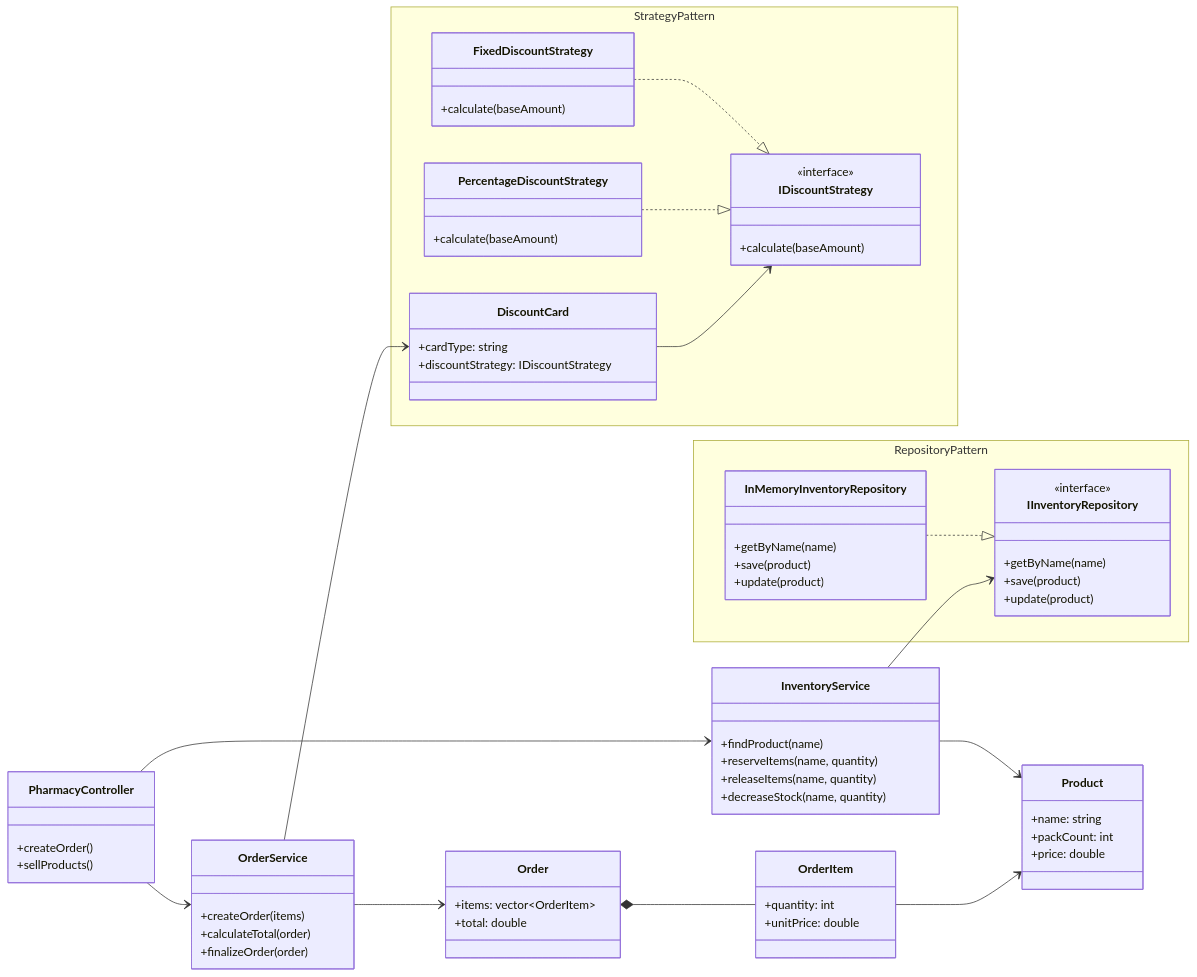
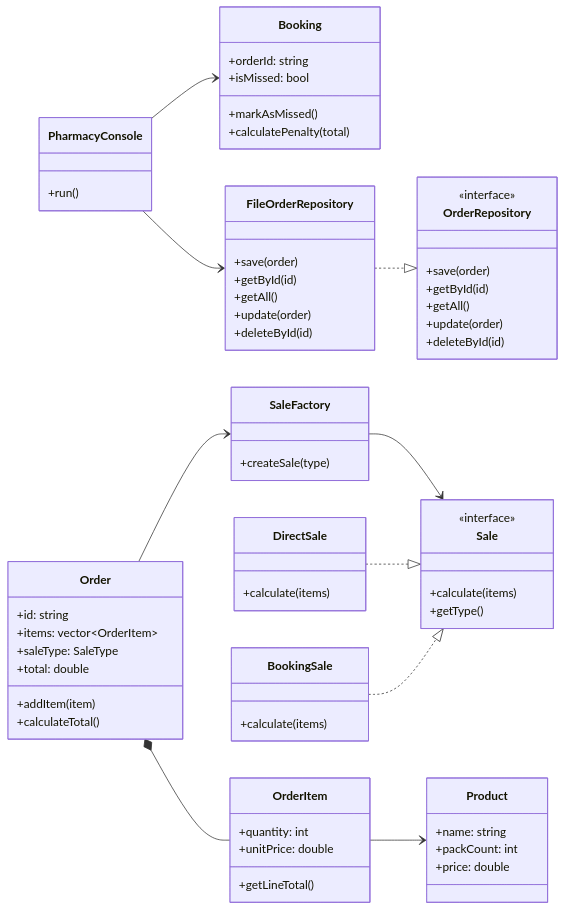
The diagram in docs/class-diagram.md (aharook/Pharmacy-Manager), drawn with Mermaid before and after one commit. The commit also changed other lines of this file and 43 other files, not shown here.

````diff
--- a/docs/class-diagram.md
+++ b/docs/class-diagram.md
@@ -3,25 +3,6 @@
 ```mermaid
 classDiagram
     direction LR
-
-
-    class PharmacyController {
-        +createOrder()
-        +sellProducts()
-    }
-
-    class InventoryService {
-        +findProduct(name)
-        +reserveItems(name, quantity)
-        +releaseItems(name, quantity)
-        +decreaseStock(name, quantity)
-    }
-
-    class OrderService {
-        +createOrder(items)
-        +calculateTotal(order)
-        +finalizeOrder(order)
-    }
 
     class Product {
         +name: string
@@ -29,62 +10,74 @@
         +price: double
     }
 
-    class Order {
-        +items: vector~OrderItem~
-        +total: double
-    }
-
     class OrderItem {
         +quantity: int
         +unitPrice: double
+        +getLineTotal()
     }
 
-    namespace StrategyPattern {
-        class DiscountCard {
-            +cardType: string
-            +discountStrategy: IDiscountStrategy
-        }
-
-        class IDiscountStrategy {
-            <<interface>>
-            +calculate(baseAmount)
-        }
-
-        class PercentageDiscountStrategy {
-            +calculate(baseAmount)
-        }
-
-        class FixedDiscountStrategy {
-            +calculate(baseAmount)
-        }
+    class Order {
+        +id: string
+        +items: vector~OrderItem~
+        +saleType: SaleType
+        +total: double
+        +addItem(item)
+        +calculateTotal()
     }
 
-    namespace RepositoryPattern {
-        class IInventoryRepository {
-            <<interface>>
-            +getByName(name)
-            +save(product)
-            +update(product)
-        }
-
-        class InMemoryInventoryRepository {
-            +getByName(name)
-            +save(product)
-            +update(product)
-        }
+    class Booking {
+        +orderId: string
+        +isMissed: bool
+        +markAsMissed()
+        +calculatePenalty(total)
     }
 
+    class SaleFactory {
+        +createSale(type)
+    }
 
-    PharmacyController --> InventoryService
-    PharmacyController --> OrderService
-    InventoryService --> IInventoryRepository
-    InMemoryInventoryRepository ..|> IInventoryRepository
-    OrderService --> Order
+    class Sale {
+        <<interface>>
+        +calculate(items)
+        +getType()
+    }
+
+    class DirectSale {
+        +calculate(items)
+    }
+
+    class BookingSale {
+        +calculate(items)
+    }
+
+    class OrderRepository {
+        <<interface>>
+        +save(order)
+        +getById(id)
+        +getAll()
+        +update(order)
+        +deleteById(id)
+    }
+
+    class FileOrderRepository {
+        +save(order)
+        +getById(id)
+        +getAll()
+        +update(order)
+        +deleteById(id)
+    }
+
+    class PharmacyConsole {
+        +run()
+    }
+
     Order *-- OrderItem
     OrderItem --> Product
-    DiscountCard --> IDiscountStrategy
-    PercentageDiscountStrategy ..|> IDiscountStrategy
-    FixedDiscountStrategy ..|> IDiscountStrategy
-    OrderService --> DiscountCard
-    InventoryService --> Product
+    Order --> SaleFactory
+    SaleFactory --> Sale
+    DirectSale ..|> Sale
+    BookingSale ..|> Sale
+    FileOrderRepository ..|> OrderRepository
+    PharmacyConsole --> FileOrderRepository
+    PharmacyConsole --> Booking
 ```
````
